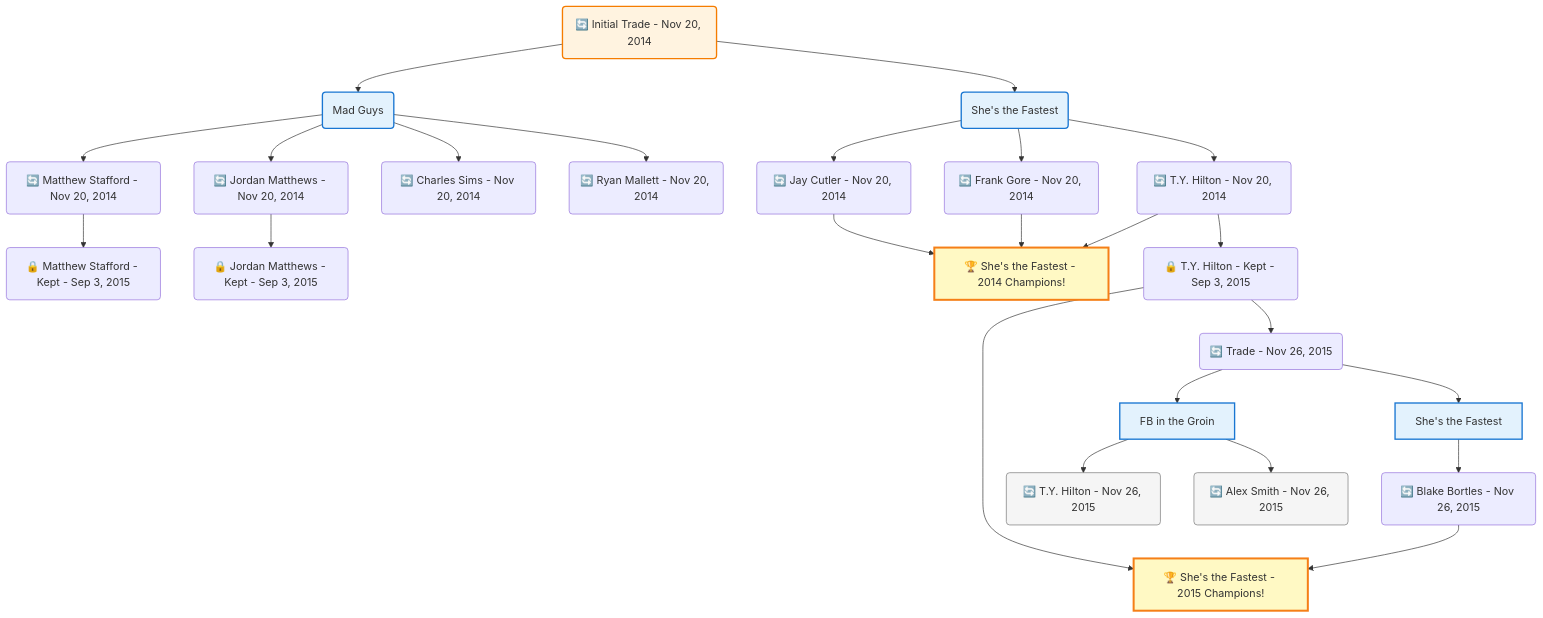
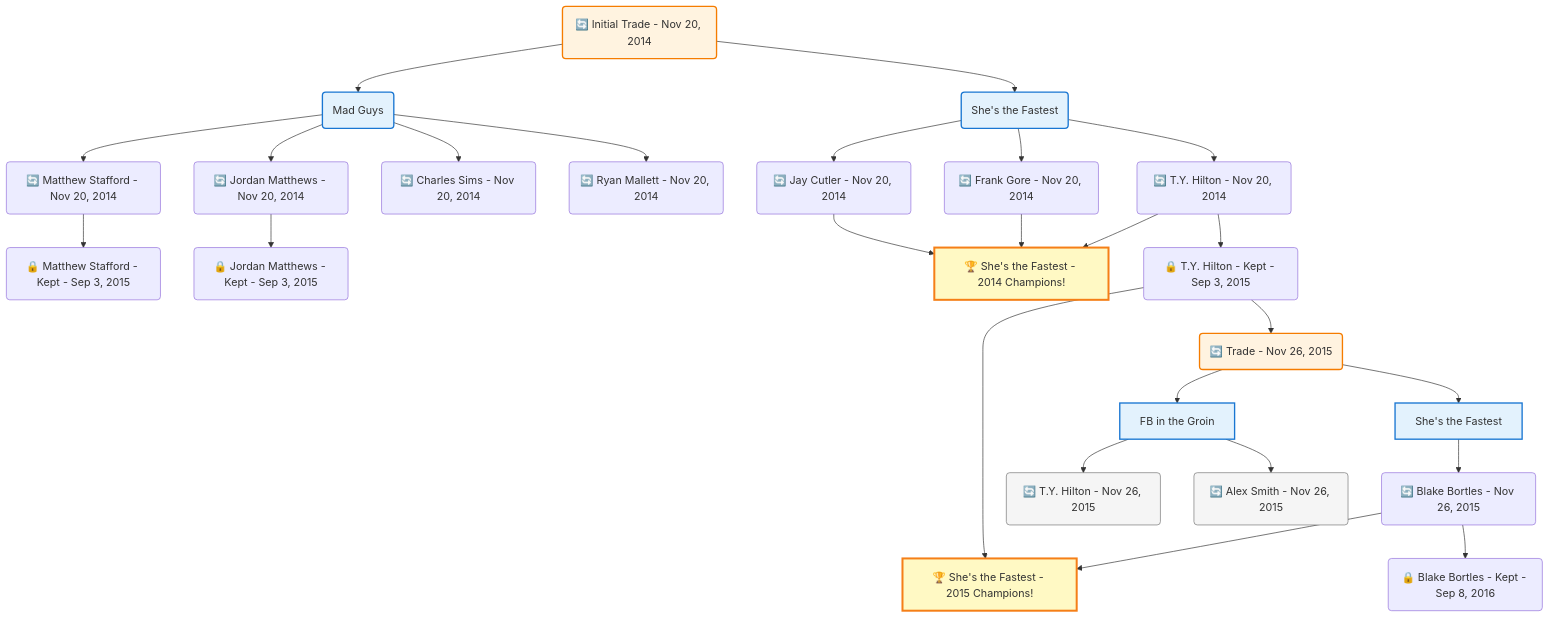
Before and after one commit to bsnooks/FantasyArchive: the diagram in frontend/public/data/trade-trees/mermaid/334fd2fc-3d88-4aa9-bd98-483f1a121a54.mmd, drawn with Mermaid. The commit also changed 181 other files, not shown here.

```diff
--- a/frontend/public/data/trade-trees/mermaid/334fd2fc-3d88-4aa9-bd98-483f1a121a54.mmd
+++ b/frontend/public/data/trade-trees/mermaid/334fd2fc-3d88-4aa9-bd98-483f1a121a54.mmd
@@ -1,61 +1,63 @@
 flowchart TD
 
     TRADE_MAIN("🔄 Initial Trade - Nov 20, 2014")
     TEAM_1("Mad Guys")
     TEAM_2("She's the Fastest")
     NODE_2f1c54b7-79b1-42ba-86be-368f9df9f8b8("🔄 Matthew Stafford - Nov 20, 2014")
     NODE_e11af067-6a7b-4c47-85b7-e5a2c3d23008("🔒 Matthew Stafford - Kept - Sep 3, 2015")
     NODE_2215c458-b5ef-4a39-ac64-9cdaf1009882("🔄 Jordan Matthews - Nov 20, 2014")
     NODE_80e8bbc0-18c8-4a2e-81a4-ce6146f50db7("🔒 Jordan Matthews - Kept - Sep 3, 2015")
     NODE_895daed7-a1a7-442a-bd0e-a77576099400("🔄 Jay Cutler - Nov 20, 2014")
     CHAMP_4449259f-64af-44fd-9235-1facc0926234_2014["🏆 She's the Fastest - 2014 Champions!"]
     NODE_eab7f6ea-bcc2-4538-9d5e-a8479a76eacc("🔄 Frank Gore - Nov 20, 2014")
     NODE_b249b045-4e64-4783-b84d-a9c8a0eb5b47("🔄 T.Y. Hilton - Nov 20, 2014")
     NODE_4270cdd0-d934-4925-a55d-68669dff2a08("🔒 T.Y. Hilton - Kept - Sep 3, 2015")
     CHAMP_4449259f-64af-44fd-9235-1facc0926234_2015["🏆 She's the Fastest - 2015 Champions!"]
     TRADE_9d0f1444-426c-46c3-a54b-120357805d45_3("🔄 Trade - Nov 26, 2015")
     TEAM_f483ecf1-cd17-4991-854b-e52dfc957b45_4["FB in the Groin"]
     NODE_c1c08c0f-eff3-4159-98fe-478bf04f82ba("🔄 T.Y. Hilton - Nov 26, 2015")
     NODE_44dbebca-f23f-480d-bd24-89e8e0380788("🔄 Alex Smith - Nov 26, 2015")
     TEAM_4449259f-64af-44fd-9235-1facc0926234_5["She's the Fastest"]
     NODE_a09f5579-b9e8-4c33-8b6b-6ddb25a8392a("🔄 Blake Bortles - Nov 26, 2015")
+    NODE_c0189ab0-4f28-44f2-8b72-ef3b03205b1b("🔒 Blake Bortles - Kept - Sep 8, 2016")
     NODE_10a1599e-35fd-4ee2-ba67-ebaedc077a9c("🔄 Charles Sims - Nov 20, 2014")
     NODE_9762ce52-b8af-4f54-b51b-f4694eaf83ba("🔄 Ryan Mallett - Nov 20, 2014")
 
     TRADE_MAIN --> TEAM_1
     TRADE_MAIN --> TEAM_2
     TEAM_1 --> NODE_2f1c54b7-79b1-42ba-86be-368f9df9f8b8
     NODE_2f1c54b7-79b1-42ba-86be-368f9df9f8b8 --> NODE_e11af067-6a7b-4c47-85b7-e5a2c3d23008
     TEAM_1 --> NODE_2215c458-b5ef-4a39-ac64-9cdaf1009882
     NODE_2215c458-b5ef-4a39-ac64-9cdaf1009882 --> NODE_80e8bbc0-18c8-4a2e-81a4-ce6146f50db7
     TEAM_2 --> NODE_895daed7-a1a7-442a-bd0e-a77576099400
     NODE_895daed7-a1a7-442a-bd0e-a77576099400 --> CHAMP_4449259f-64af-44fd-9235-1facc0926234_2014
     TEAM_2 --> NODE_eab7f6ea-bcc2-4538-9d5e-a8479a76eacc
     NODE_eab7f6ea-bcc2-4538-9d5e-a8479a76eacc --> CHAMP_4449259f-64af-44fd-9235-1facc0926234_2014
     TEAM_2 --> NODE_b249b045-4e64-4783-b84d-a9c8a0eb5b47
     NODE_b249b045-4e64-4783-b84d-a9c8a0eb5b47 --> CHAMP_4449259f-64af-44fd-9235-1facc0926234_2014
     NODE_b249b045-4e64-4783-b84d-a9c8a0eb5b47 --> NODE_4270cdd0-d934-4925-a55d-68669dff2a08
     NODE_4270cdd0-d934-4925-a55d-68669dff2a08 --> CHAMP_4449259f-64af-44fd-9235-1facc0926234_2015
     NODE_4270cdd0-d934-4925-a55d-68669dff2a08 --> TRADE_9d0f1444-426c-46c3-a54b-120357805d45_3
     TRADE_9d0f1444-426c-46c3-a54b-120357805d45_3 --> TEAM_f483ecf1-cd17-4991-854b-e52dfc957b45_4
     TEAM_f483ecf1-cd17-4991-854b-e52dfc957b45_4 --> NODE_c1c08c0f-eff3-4159-98fe-478bf04f82ba
     TEAM_f483ecf1-cd17-4991-854b-e52dfc957b45_4 --> NODE_44dbebca-f23f-480d-bd24-89e8e0380788
     TRADE_9d0f1444-426c-46c3-a54b-120357805d45_3 --> TEAM_4449259f-64af-44fd-9235-1facc0926234_5
     TEAM_4449259f-64af-44fd-9235-1facc0926234_5 --> NODE_a09f5579-b9e8-4c33-8b6b-6ddb25a8392a
     NODE_a09f5579-b9e8-4c33-8b6b-6ddb25a8392a --> CHAMP_4449259f-64af-44fd-9235-1facc0926234_2015
+    NODE_a09f5579-b9e8-4c33-8b6b-6ddb25a8392a --> NODE_c0189ab0-4f28-44f2-8b72-ef3b03205b1b
     TEAM_1 --> NODE_10a1599e-35fd-4ee2-ba67-ebaedc077a9c
     TEAM_1 --> NODE_9762ce52-b8af-4f54-b51b-f4694eaf83ba
 
     %% Node styling
     classDef teamNode fill:#e3f2fd,stroke:#1976d2,stroke-width:2px
     classDef tradeNode fill:#fff3e0,stroke:#f57c00,stroke-width:2px
     classDef playerNode fill:#f3e5f5,stroke:#7b1fa2,stroke-width:1px
     classDef nonRootPlayerNode fill:#f5f5f5,stroke:#757575,stroke-width:1px
     classDef endNode fill:#ffebee,stroke:#c62828,stroke-width:2px
     classDef waiverNode fill:#e8f5e8,stroke:#388e3c,stroke-width:2px
     classDef championshipNode fill:#fff9c4,stroke:#f57f17,stroke-width:3px
 
     class TEAM_1,TEAM_2,TEAM_f483ecf1-cd17-4991-854b-e52dfc957b45_4,TEAM_4449259f-64af-44fd-9235-1facc0926234_5 teamNode
     class CHAMP_4449259f-64af-44fd-9235-1facc0926234_2014,CHAMP_4449259f-64af-44fd-9235-1facc0926234_2015 championshipNode
     class NODE_c1c08c0f-eff3-4159-98fe-478bf04f82ba,NODE_44dbebca-f23f-480d-bd24-89e8e0380788 nonRootPlayerNode
-    class TRADE_MAIN tradeNode
+    class TRADE_MAIN,TRADE_9d0f1444-426c-46c3-a54b-120357805d45_3 tradeNode
```
